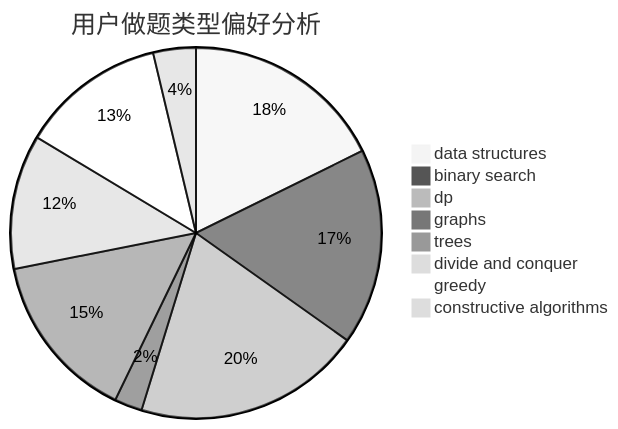
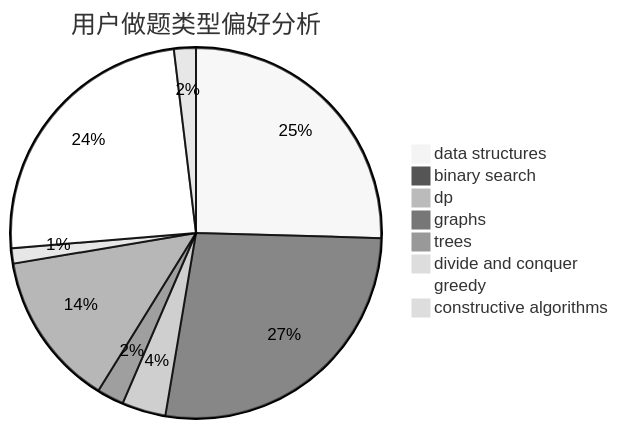
One commit to sherpahu/cfrs.github.io changed the second of 3 diagrams in docs/user/u103.md. Above: the diagram before and after it, drawn with Mermaid (neutral theme). The commit also changed other lines of this file and 2770 other files, not shown here.

````diff
--- a/docs/user/u103.md
+++ b/docs/user/u103.md
@@ -23,11 +23,11 @@
 ```mermaid
 pie title 用户做题类型偏好分析
-    "data structures" :  95
-    "binary search" :  92
-    "dp" :  107
-    "graphs" :  13
-    "trees" :  79
-    "divide and conquer" :  63
-    "greedy" :  68
-    "constructive algorithms" :  20
+    "data structures" :  173
+    "binary search" :  185
+    "dp" :  26
+    "graphs" :  16
+    "trees" :  92
+    "divide and conquer" :  9
+    "greedy" :  166
+    "constructive algorithms" :  13
 ```
````
